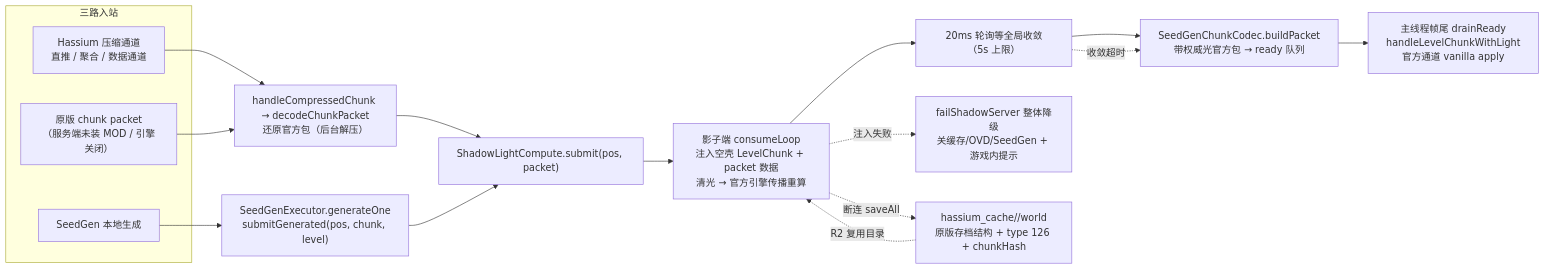
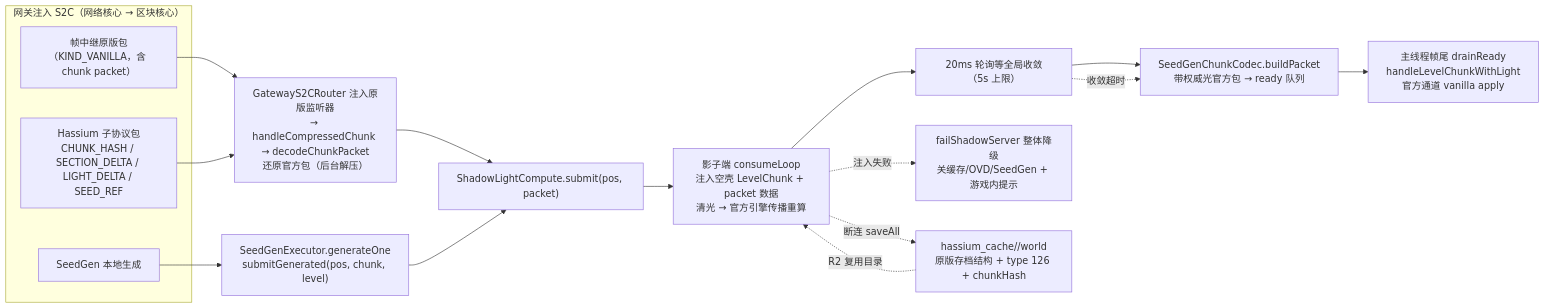
Before and after one commit to limuqy/Hassium: the second of 2 diagrams in docs/architecture.md, drawn with Mermaid. The commit also changed other lines of this file and 7 other files, not shown here.

Commit message:
docs: align network and chunk docs with 2.0.0 three-core architecture

````diff
--- a/docs/architecture.md
+++ b/docs/architecture.md
@@ -70,21 +110,21 @@
 ```mermaid
 flowchart LR
-    subgraph IN["三路入站"]
-        A1["原版 chunk packet<br/>（服务端未装 MOD / 引擎关闭）"]
-        A2["Hassium 压缩通道<br/>直推 / 聚合 / 数据通道"]
+    subgraph IN["网关注入 S2C（网络核心 → 区块核心）"]
+        A1["帧中继原版包<br/>（KIND_VANILLA，含 chunk packet）"]
+        A2["Hassium 子协议包<br/>CHUNK_HASH / SECTION_DELTA / LIGHT_DELTA / SEED_REF"]
         A3["SeedGen 本地生成"]
     end
-    A2 --> B["handleCompressedChunk → decodeChunkPacket<br/>还原官方包（后台解压）"]
-    A1 --> B
+    A1 --> B["GatewayS2CRouter 注入原版监听器<br/>→ handleCompressedChunk → decodeChunkPacket<br/>还原官方包（后台解压）"]
+    A2 --> B
     A3 --> D["SeedGenExecutor.generateOne<br/>submitGenerated(pos, chunk, level)"]
     B --> C["ShadowLightCompute.submit(pos, packet)"]
     D --> C
     C --> E["影子端 consumeLoop<br/>注入空壳 LevelChunk + packet 数据<br/>清光 → 官方引擎传播重算"]
     E --> F["20ms 轮询等全局收敛（5s 上限）"]
     F --> G["SeedGenChunkCodec.buildPacket<br/>带权威光官方包 → ready 队列"]
     G --> H["主线程帧尾 drainReady<br/>handleLevelChunkWithLight<br/>官方通道 vanilla apply"]
     E -.->|"注入失败"| I["failShadowServer 整体降级<br/>关缓存/OVD/SeedGen + 游戏内提示"]
     F -.->|"收敛超时"| G
     E -.->|"断连 saveAll"| J["hassium_cache/<serverId>/world<br/>原版存档结构 + type 126 + chunkHash"]
     J -.->|"R2 复用目录"| E
 ```
````
